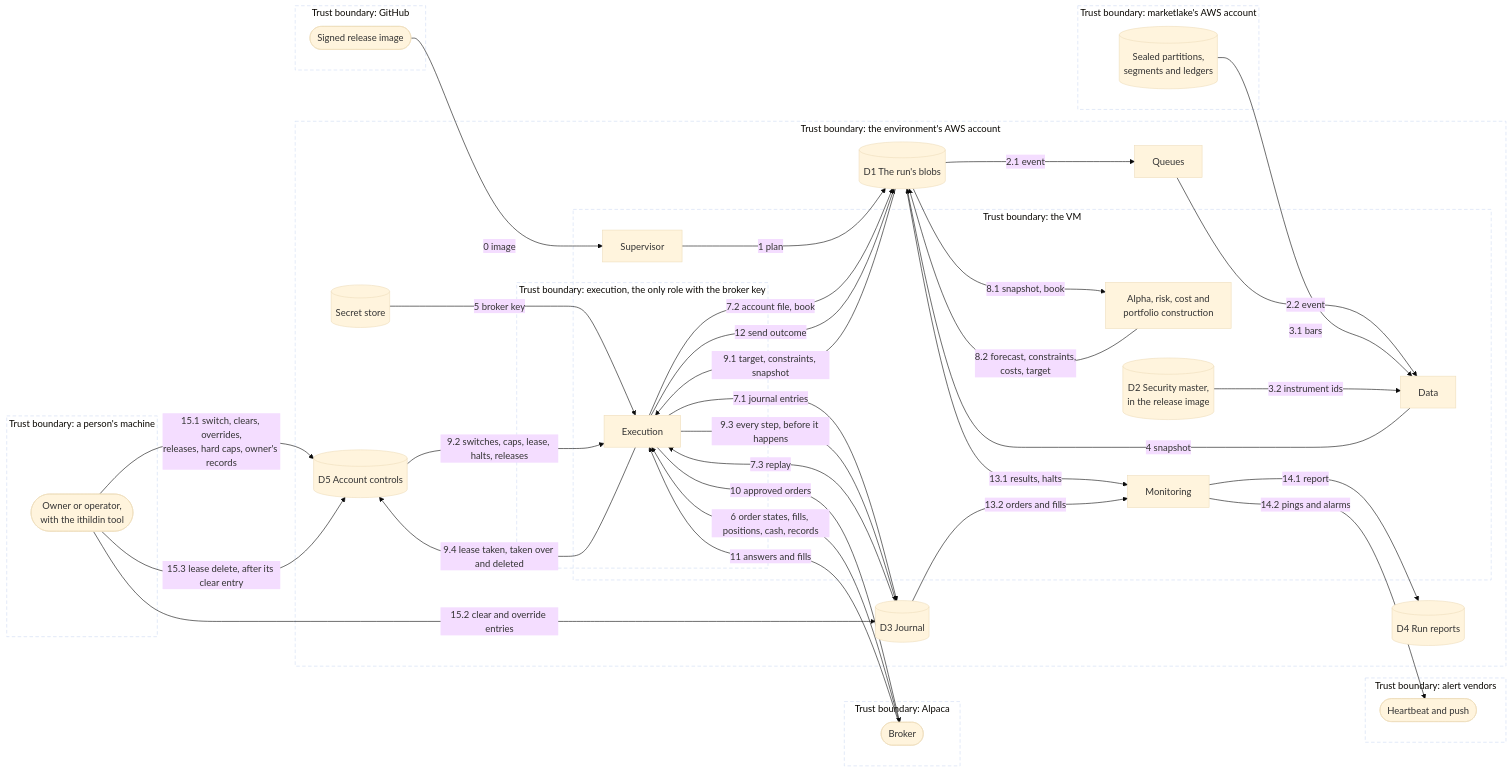
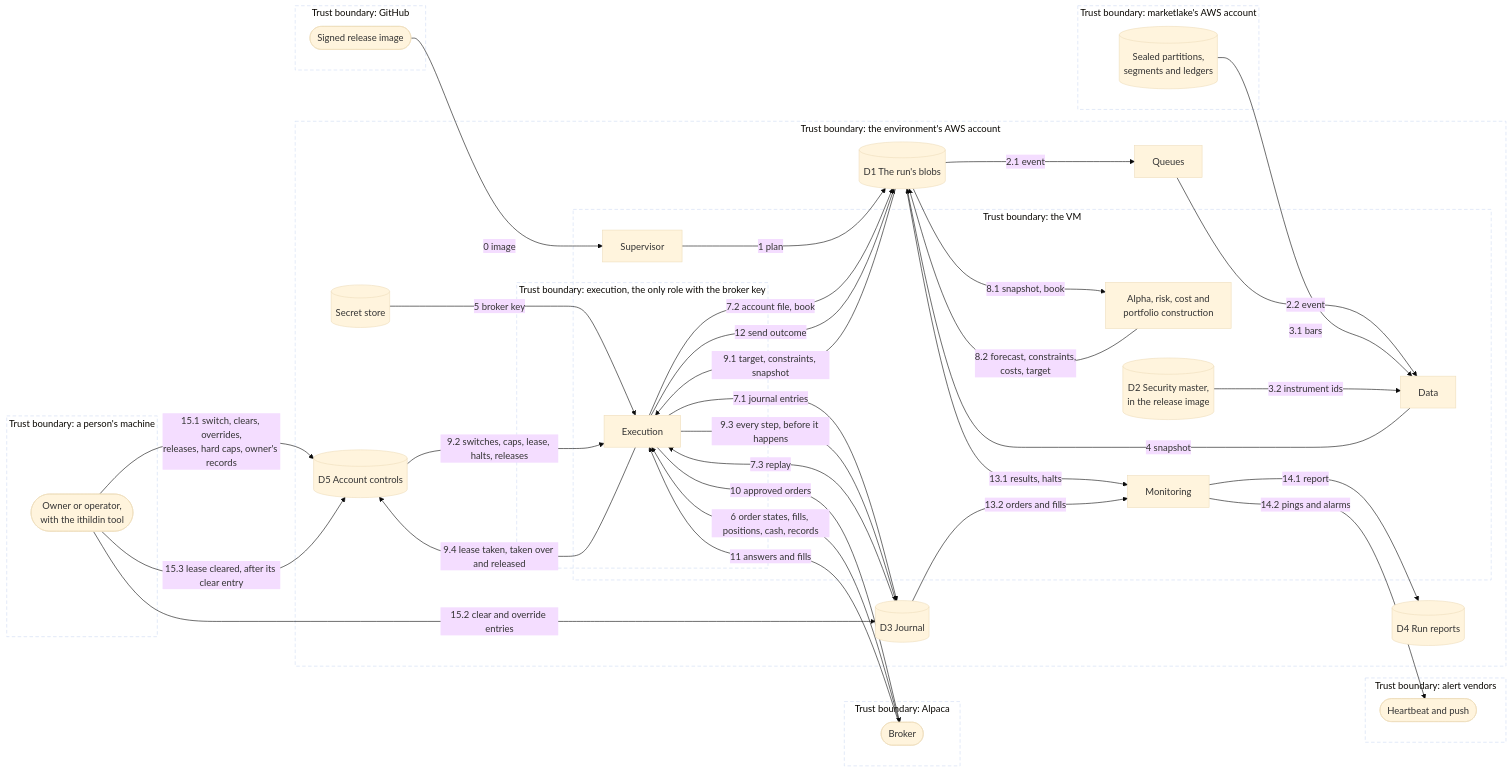
Before and after one commit to l3a0/ithildin-runtime: diagram 12 of 35 in docs/architecture.md, drawn with Mermaid (base theme). The commit also changed other lines of this file and 2 other files, not shown here.

First line of the commit message:
docs: keep an account's lease in place between holders

````diff
--- a/docs/architecture.md
+++ b/docs/architecture.md
@@ -687,68 +687,68 @@
 ```mermaid
 flowchart LR
     subgraph tb_person["Trust boundary: a person's machine"]
         person(["Owner or operator,<br/>with the ithildin tool"])
     end
     subgraph tb_github["Trust boundary: GitHub"]
         registry(["Signed release image"])
     end
     subgraph tb_marketlake["Trust boundary: marketlake's AWS account"]
         lake[("Sealed partitions,<br/>segments and ledgers")]
     end
     subgraph tb_broker["Trust boundary: Alpaca"]
         brokerx(["Broker"])
     end
     subgraph tb_alert["Trust boundary: alert vendors"]
         alert(["Heartbeat and push"])
     end
     subgraph tb_account["Trust boundary: the environment's AWS account"]
         subgraph tb_vm["Trust boundary: the VM"]
             sup["Supervisor"]
             data["Data"]
             models["Alpha, risk, cost and<br/>portfolio construction"]
             mon["Monitoring"]
             d2[("D2 Security master,<br/>in the release image")]
             subgraph tb_exec["Trust boundary: execution, the only role with the broker key"]
                 exec["Execution"]
             end
         end
         queue["Queues"]
         secret[("Secret store")]
         d1[("D1 The run's blobs")]
         d3[("D3 Journal")]
         d4[("D4 Run reports")]
         d5[("D5 Account controls")]
     end
 
     registry -->|"0 image"| sup
     sup -->|"1 plan"| d1
     d1 -->|"2.1 event"| queue
     queue -->|"2.2 event"| data
     lake -->|"3.1 bars"| data
     d2 -->|"3.2 instrument ids"| data
     data -->|"4 snapshot"| d1
     secret -->|"5 broker key"| exec
     brokerx -->|"6 order states, fills, positions, cash, records"| exec
     exec -->|"7.1 journal entries"| d3
     exec -->|"7.2 account file, book"| d1
     d3 -->|"7.3 replay"| exec
     d1 -->|"8.1 snapshot, book"| models
     models -->|"8.2 forecast, constraints,<br/>costs, target"| d1
     d1 -->|"9.1 target, constraints, snapshot"| exec
     d5 -->|"9.2 switches, caps, lease, halts, releases"| exec
     exec -->|"9.3 every step, before it happens"| d3
-    exec -->|"9.4 lease taken, taken over and deleted"| d5
+    exec -->|"9.4 lease taken, taken over and released"| d5
     exec -->|"10 approved orders"| brokerx
     brokerx -->|"11 answers and fills"| exec
     exec -->|"12 send outcome"| d1
     d1 -->|"13.1 results, halts"| mon
     d3 -->|"13.2 orders and fills"| mon
     mon -->|"14.1 report"| d4
     mon -->|"14.2 pings and alarms"| alert
     person -->|"15.1 switch, clears, overrides,<br/>releases, hard caps, owner's records"| d5
     person -->|"15.2 clear and override entries"| d3
-    person -->|"15.3 lease delete, after its clear entry"| d5
+    person -->|"15.3 lease cleared, after its clear entry"| d5
 
     classDef boundary fill:none,stroke-dasharray:6 4
     class tb_person,tb_github,tb_marketlake,tb_broker,tb_alert,tb_account,tb_vm,tb_exec boundary
 ```
````
